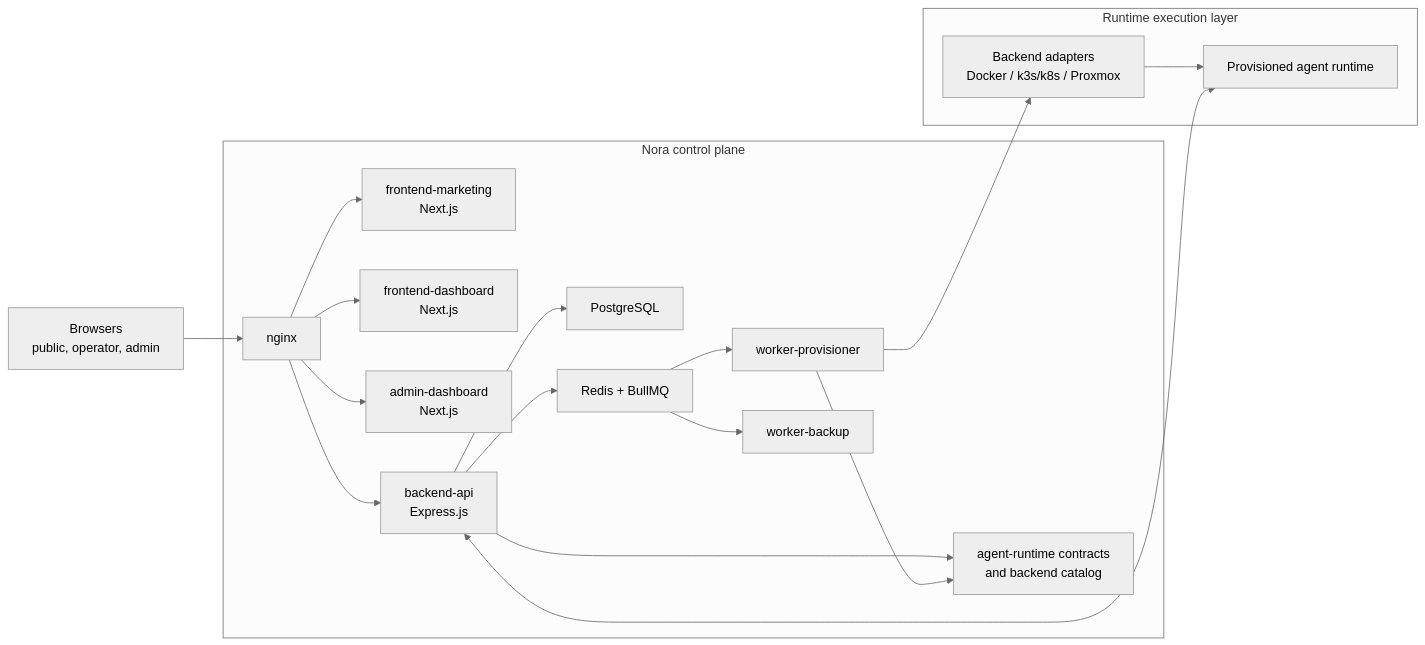
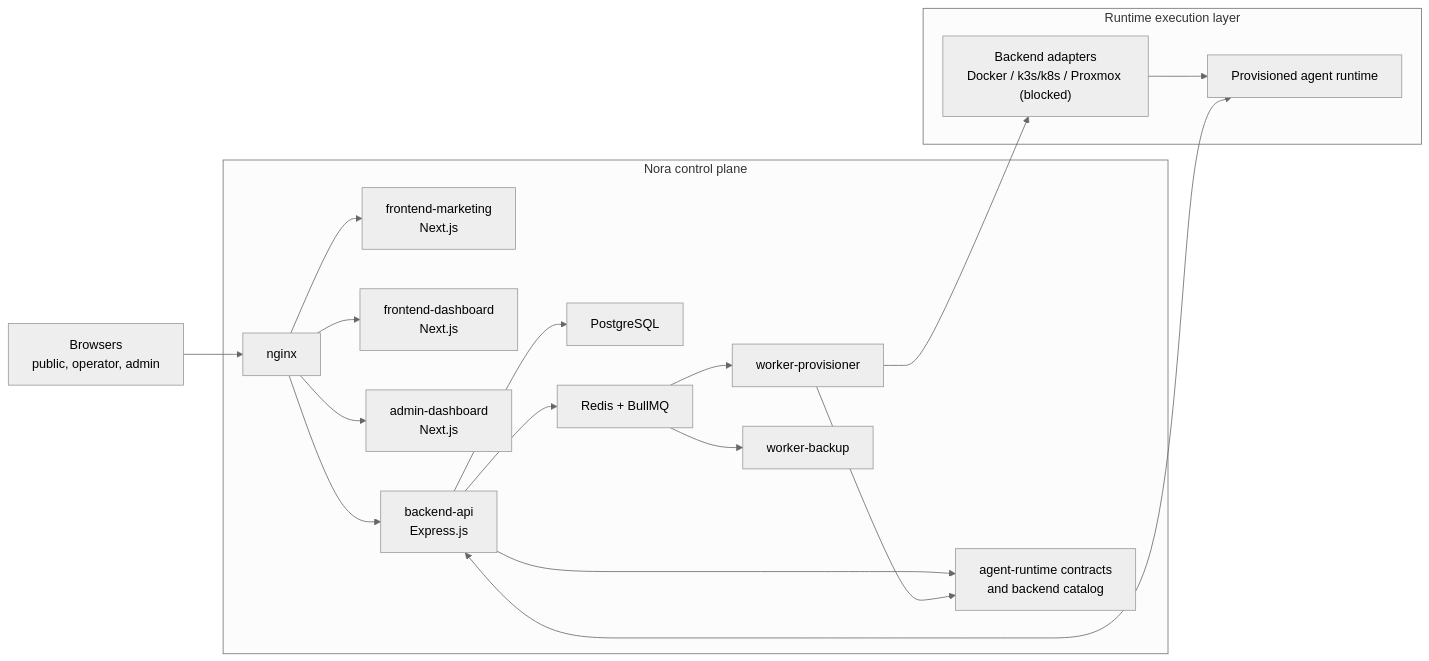
One commit to smallBrat/nora changed the first of 3 diagrams in docs/concepts/architecture.mdx. Above: the diagram before and after it, drawn with Mermaid (neutral theme). The commit also changed other lines of this file and 21 other files, not shown here.

````diff
--- a/docs/concepts/architecture.mdx
+++ b/docs/concepts/architecture.mdx
@@ -13,23 +13,23 @@
 ```mermaid theme={null}
 flowchart LR
     Browser["Browsers<br/>public, operator, admin"] --> Nginx["nginx"]
 
     subgraph ControlPlane["Nora control plane"]
         Nginx --> Marketing["frontend-marketing<br/>Next.js"]
         Nginx --> Dashboard["frontend-dashboard<br/>Next.js"]
         Nginx --> Admin["admin-dashboard<br/>Next.js"]
         Nginx --> API["backend-api<br/>Express.js"]
         API --> Postgres["PostgreSQL"]
         API --> Redis["Redis + BullMQ"]
         Redis --> Provisioner["worker-provisioner"]
         Redis --> BackupWorker["worker-backup"]
         API --> Contracts["agent-runtime contracts<br/>and backend catalog"]
         Provisioner --> Contracts
     end
 
     subgraph RuntimeInfra["Runtime execution layer"]
-        Provisioner --> Adapters["Backend adapters<br/>Docker / k3s/k8s / Proxmox"]
+        Provisioner --> Adapters["Backend adapters<br/>Docker / k3s/k8s / Proxmox (blocked)"]
         Adapters --> Runtime["Provisioned agent runtime"]
         API <--> Runtime
     end
 ```
````
